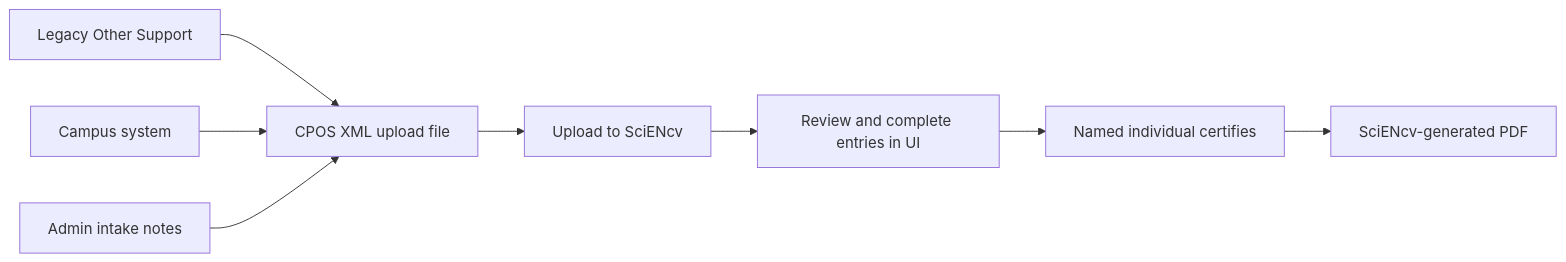
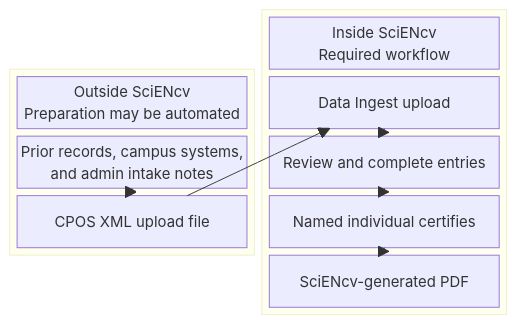
The diagram in docs/other-support/xml-upload.md (FritscheLab/nih-sciencv-playbook), drawn with Mermaid before and after one commit. The commit also changed other lines of this file and 60 other files, not shown here.

Commit message:
feat: refresh NIH guidance and harden CPOS XML validation

````diff
--- a/docs/other-support/xml-upload.md
+++ b/docs/other-support/xml-upload.md
@@ -19,12 +21,23 @@
 ```mermaid
-flowchart LR
-    accTitle: XML upload automation boundary
-    accDescr: XML upload can pre-populate CPOS data from multiple sources, but SciENcv review and individual certification remain required.
-    A["Legacy Other Support"] --> D["CPOS XML upload file"]
-    B["Campus system"] --> D
-    C["Admin intake notes"] --> D
-    D --> E["Upload to SciENcv"]
-    E --> F["Review and complete entries in UI"]
-    F --> G["Named individual certifies"]
-    G --> H["SciENcv-generated PDF"]
+block-beta
+    columns 2
+    block:preparation
+        columns 1
+        prepHeading["Outside SciENcv<br/>Preparation may be automated"]
+        sources["Prior records, campus systems,<br/>and admin intake notes"]
+        xml["CPOS XML upload file"]
+    end
+    block:required
+        columns 1
+        requiredHeading["Inside SciENcv<br/>Required workflow"]
+        ingest["Data Ingest upload"]
+        review["Review and complete entries"]
+        certification["Named individual certifies"]
+        pdf["SciENcv-generated PDF"]
+    end
+    sources --> xml
+    xml --> ingest
+    ingest --> review
+    review --> certification
+    certification --> pdf
 ```
````
